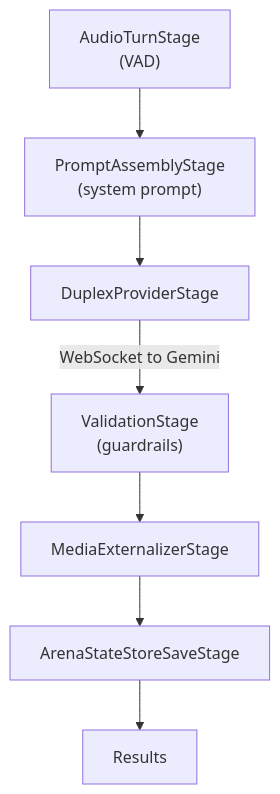
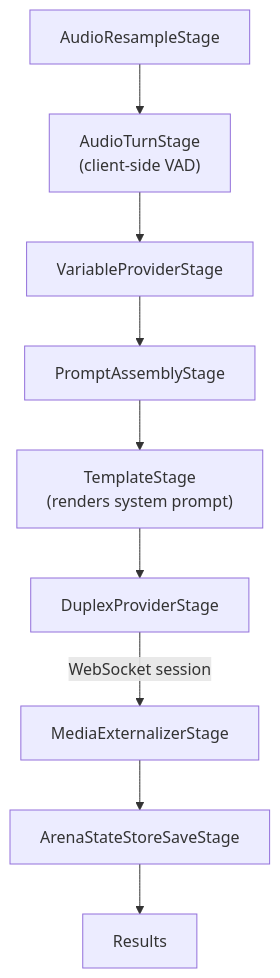
Before and after one commit to AltairaLabs/promptarena: the third of 8 diagrams in docs/src/content/docs/arena/explanation/duplex-architecture.md, drawn with Mermaid. The commit also changed other lines of this file and 1 other file, not shown here.

First line of the commit message:
docs(arena): verify the duplex explanation and voice setup how-to against the code

````diff
--- a/docs/src/content/docs/arena/explanation/duplex-architecture.md
+++ b/docs/src/content/docs/arena/explanation/duplex-architecture.md
@@ -59,9 +62,11 @@
 ```mermaid
 flowchart TD
-    ats["AudioTurnStage<br/>(VAD)"] --> pas["PromptAssemblyStage<br/>(system prompt)"]
-    pas --> dps["DuplexProviderStage"]
-    dps -->|WebSocket to Gemini| vs["ValidationStage<br/>(guardrails)"]
-    vs --> mes["MediaExternalizerStage"]
+    rs["AudioResampleStage"] --> ats["AudioTurnStage<br/>(client-side VAD)"]
+    ats --> vps["VariableProviderStage"]
+    vps --> pas["PromptAssemblyStage"]
+    pas --> ts["TemplateStage<br/>(renders system prompt)"]
+    ts --> dps["DuplexProviderStage"]
+    dps -->|WebSocket session| mes["MediaExternalizerStage"]
     mes --> ass["ArenaStateStoreSaveStage"]
     ass --> res["Results"]
 ```
````
